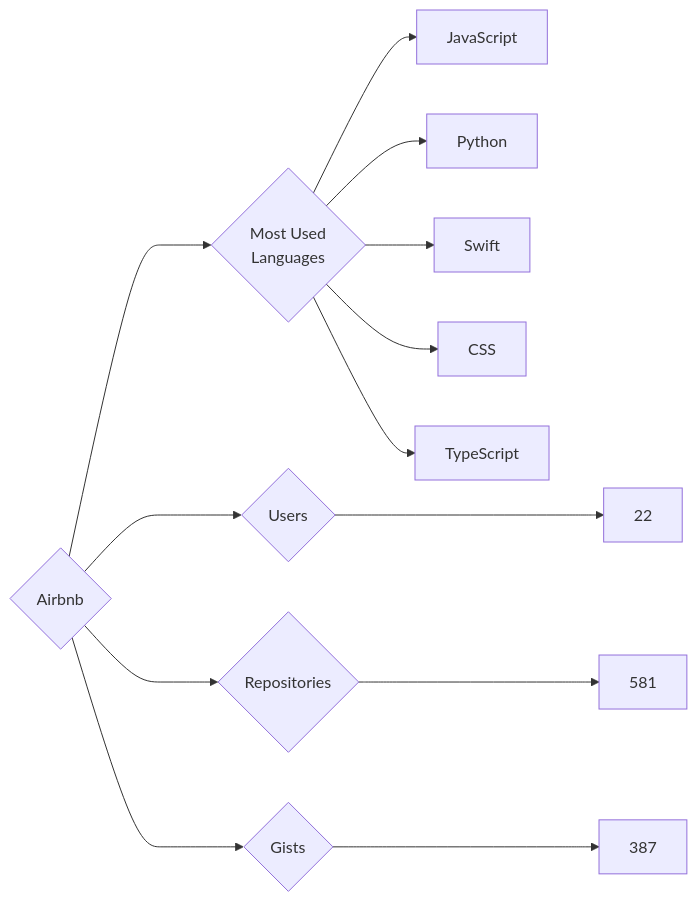
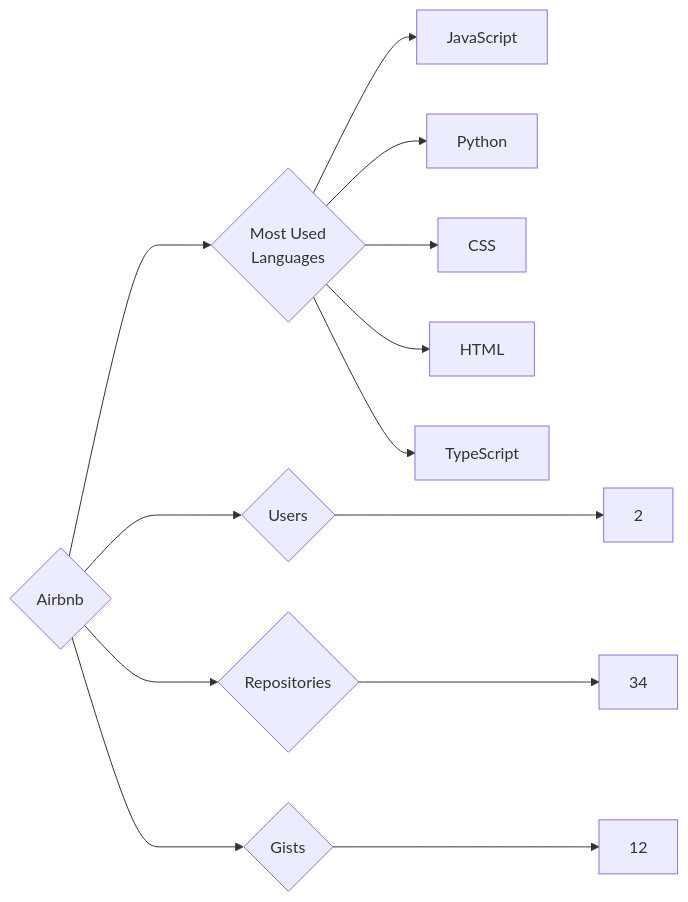
Before and after one commit to trickest/insiders: the diagram in targets/Airbnb/README.md, drawn with Mermaid. The commit also changed 872 other files, not shown here.

````diff
--- a/targets/Airbnb/README.md
+++ b/targets/Airbnb/README.md
@@ -3,13 +3,13 @@
 ```mermaid
 graph LR
 COMPANY_NAME{Airbnb}
-COMPANY_NAME ---> U{Users} ---> UN[22]
-COMPANY_NAME ---> R{Repositories} ---> RN[581]
-COMPANY_NAME ---> G{Gists} ---> GN[387]
+COMPANY_NAME ---> U{Users} ---> UN[2]
+COMPANY_NAME ---> R{Repositories} ---> RN[34]
+COMPANY_NAME ---> G{Gists} ---> GN[12]
 COMPANY_NAME ---> ML{Most Used<br>Languages}
 ML --> JavaScript[JavaScript]
 ML --> Python[Python]
-ML --> Swift[Swift]
 ML --> CSS[CSS]
+ML --> HTML[HTML]
 ML --> TypeScript[TypeScript]
 ```
````
